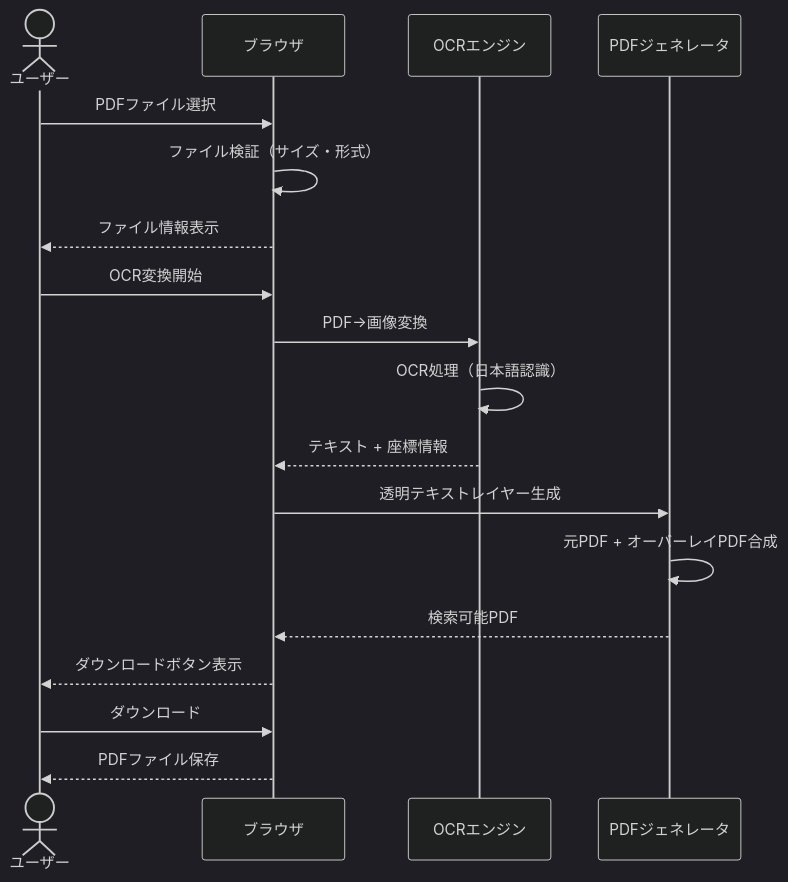
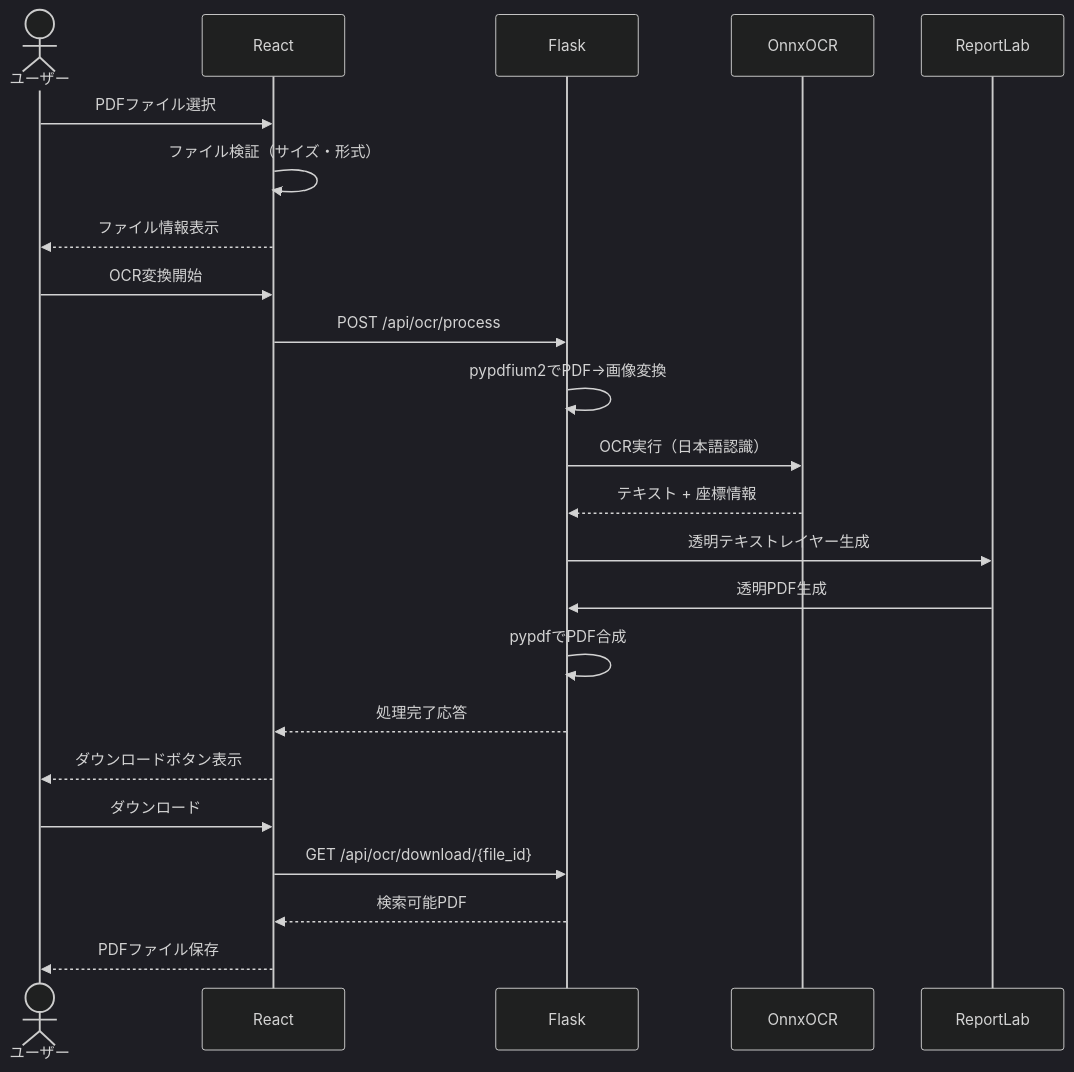
Before and after one commit to J1921604/OCR-PDF-Converter: the second of 5 diagrams in specs/001-OCR-PDF-Converter/spec.md, drawn with Mermaid (dark theme). The commit also changed other lines of this file and 18 other files, not shown here.

````diff
--- a/specs/001-OCR-PDF-Converter/spec.md
+++ b/specs/001-OCR-PDF-Converter/spec.md
@@ -25,21 +54,26 @@
 ```mermaid
 sequenceDiagram
     actor ユーザー
-    participant ブラウザ
-    participant OCRエンジン
-    participant PDFジェネレータ
+    participant React
+    participant Flask
+    participant OnnxOCR
+    participant ReportLab
 
-    ユーザー->>ブラウザ: PDFファイル選択
-    ブラウザ->>ブラウザ: ファイル検証（サイズ・形式）
-    ブラウザ-->>ユーザー: ファイル情報表示
-    ユーザー->>ブラウザ: OCR変換開始
-    ブラウザ->>OCRエンジン: PDF→画像変換
-    OCRエンジン->>OCRエンジン: OCR処理（日本語認識）
-    OCRエンジン-->>ブラウザ: テキスト + 座標情報
-    ブラウザ->>PDFジェネレータ: 透明テキストレイヤー生成
-    PDFジェネレータ->>PDFジェネレータ: 元PDF + オーバーレイPDF合成
-    PDFジェネレータ-->>ブラウザ: 検索可能PDF
-    ブラウザ-->>ユーザー: ダウンロードボタン表示
-    ユーザー->>ブラウザ: ダウンロード
-    ブラウザ-->>ユーザー: PDFファイル保存
+    ユーザー->>React: PDFファイル選択
+    React->>React: ファイル検証（サイズ・形式）
+    React-->>ユーザー: ファイル情報表示
+    ユーザー->>React: OCR変換開始
+    React->>Flask: POST /api/ocr/process
+    Flask->>Flask: pypdfium2でPDF→画像変換
+    Flask->>OnnxOCR: OCR実行（日本語認識）
+    OnnxOCR-->>Flask: テキスト + 座標情報
+    Flask->>ReportLab: 透明テキストレイヤー生成
+    ReportLab->>Flask: 透明PDF生成
+    Flask->>Flask: pypdfでPDF合成
+    Flask-->>React: 処理完了応答
+    React-->>ユーザー: ダウンロードボタン表示
+    ユーザー->>React: ダウンロード
+    React->>Flask: GET /api/ocr/download/{file_id}
+    Flask-->>React: 検索可能PDF
+    React-->>ユーザー: PDFファイル保存
 ```
````
